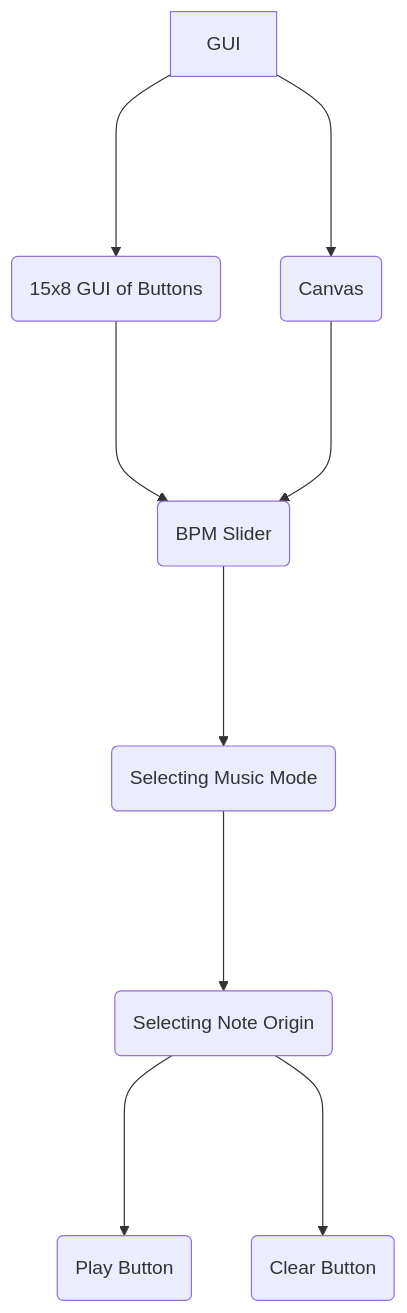
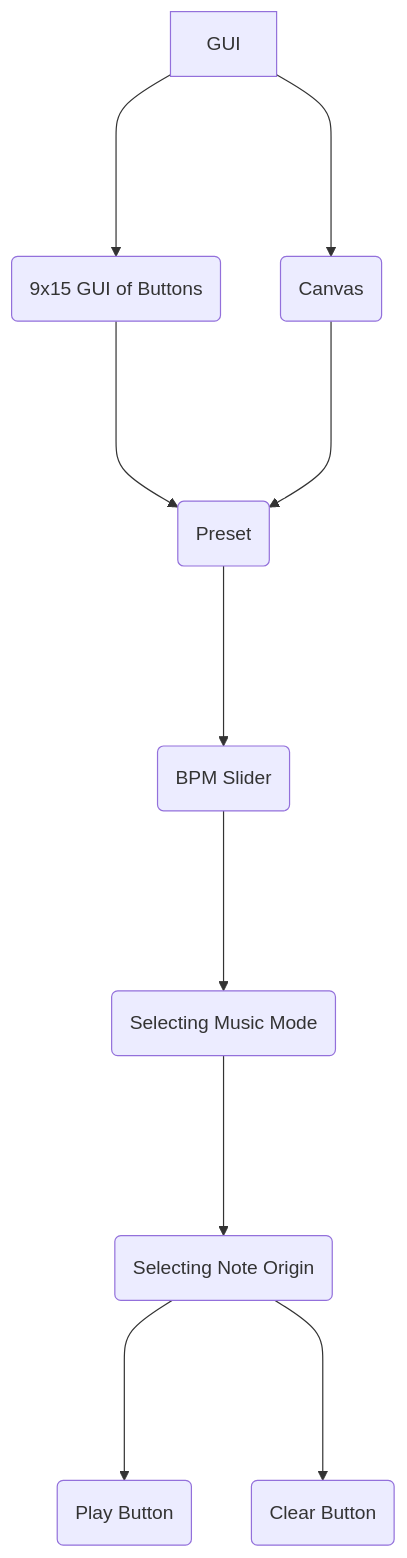
Before and after one commit to Nalcos/sorpiart-TeamA: the second of 2 diagrams in Documentation.md, drawn with Mermaid. The commit also changed other lines of this file, not shown here.

````diff
--- a/Documentation.md
+++ b/Documentation.md
@@ -295,11 +329,12 @@
 ```mermaid
 graph
-A[GUI] ----> B(15x8 GUI of Buttons)
+A[GUI] ----> B(9x15 GUI of Buttons)
 A[GUI] ----> C(Canvas)
-B ----> D(BPM Slider)
+B ----> D(Preset)
 C ----> D
-D ----> E(Selecting Music Mode)
-E ----> F(Selecting Note Origin)
-F ----> G(Play Button)
-F ----> H(Clear Button)
+D ----> E(BPM Slider)
+E ----> F(Selecting Music Mode)
+F ----> G(Selecting Note Origin)
+G ----> H(Play Button)
+G ----> I(Clear Button)
 ```
````
